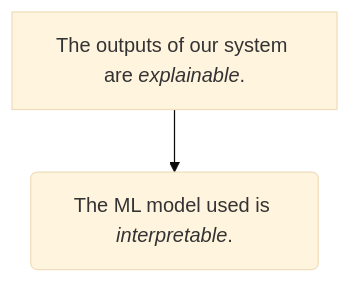
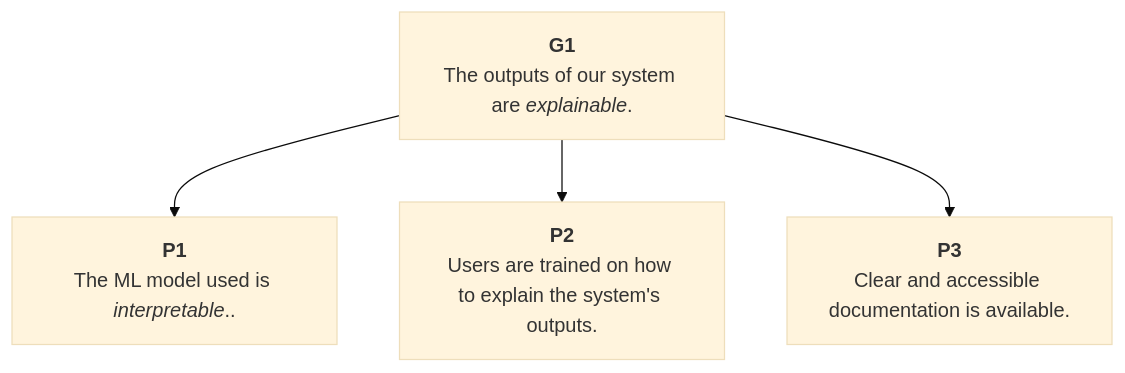
Before and after one commit to alan-turing-institute/AssurancePlatform: the third of 6 diagrams in site/docs/guidance/core-elements.md, drawn with Mermaid (base theme). The commit also changed other lines of this file, not shown here.

````diff
--- a/site/docs/guidance/core-elements.md
+++ b/site/docs/guidance/core-elements.md
@@ -66,4 +88,11 @@
-``` mermaid
+```mermaid
 graph TD
-  A["`The outputs of our system are *explainable*.`"] --> B("`The ML model used is *interpretable*`".);
+  G1["`**G1**
+  The outputs of our system are *explainable*.`"] --> P1 & P2 & P3;
+  P1["`**P1**
+  The ML model used is *interpretable*.`".];
+  P2["`**P2**
+  Users are trained on how to explain the system's outputs.`"];
+  P3["`**P3**
+  Clear and accessible documentation is available.`"];
 ```
````
